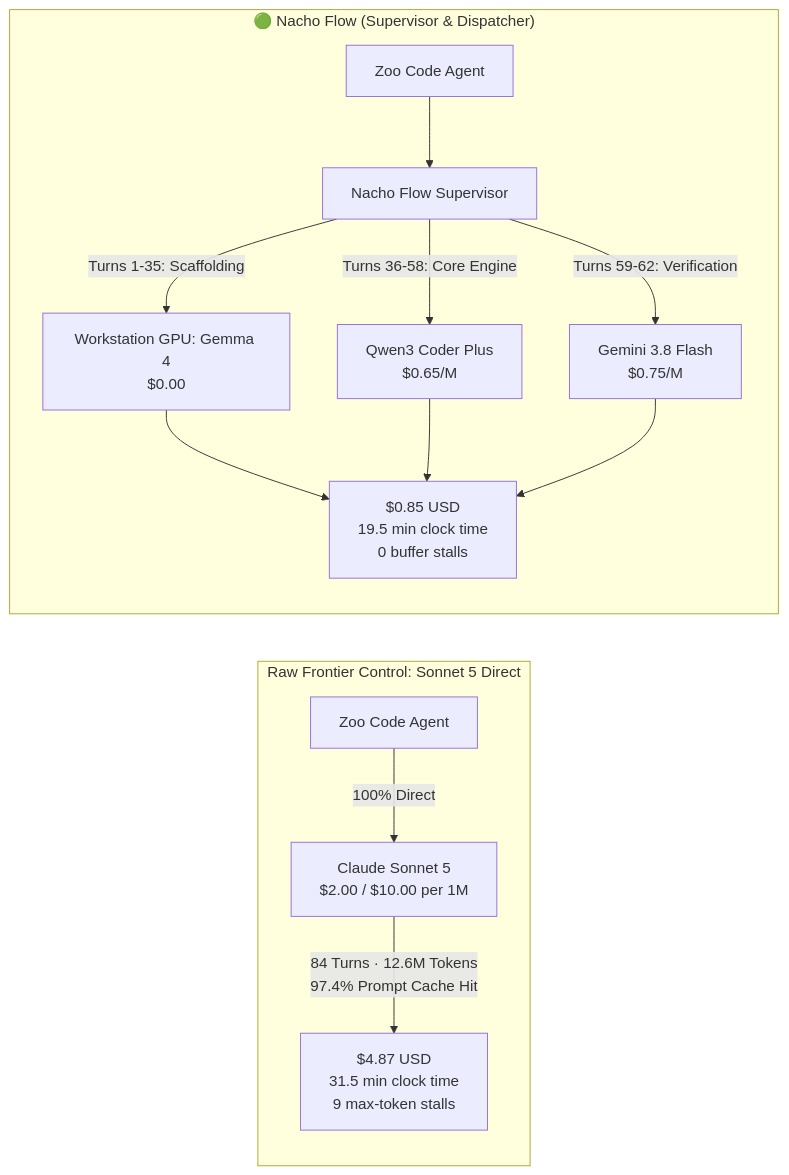
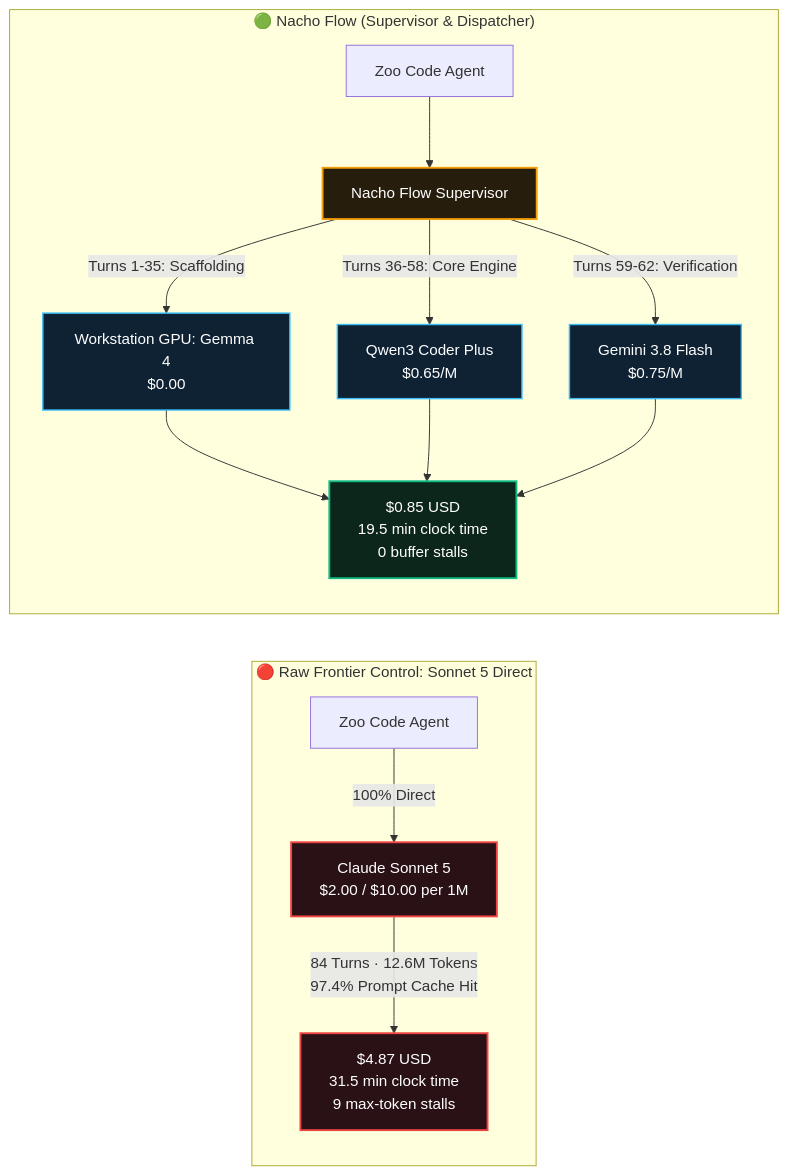
One commit to dixieflatline76/nacho-flow changed the first of 10 diagrams in docs/FRONTIER_CONTROL_STUDY_2026.md. Above: the diagram before and after it, drawn with Mermaid. The commit also changed 2 other files, not shown here.

Commit message:
docs: add brand-aligned classDef colors to Diagram 1 across all study docs

````diff
--- a/docs/FRONTIER_CONTROL_STUDY_2026.md
+++ b/docs/FRONTIER_CONTROL_STUDY_2026.md
@@ -34,17 +34,27 @@
 ```mermaid
 flowchart LR
-    subgraph RawControl["Raw Frontier Control: Sonnet 5 Direct"]
+    classDef raw fill:#2a1115,stroke:#ef4444,stroke-width:2px,color:#fff;
+    classDef nacho fill:#0d261b,stroke:#10b981,stroke-width:2px,color:#fff;
+    classDef sup fill:#261d0d,stroke:#f59e0b,stroke-width:2px,color:#fff;
+    classDef tier fill:#0e2233,stroke:#38bdf8,stroke-width:1.5px,color:#fff;
+
+    subgraph RawControl["🔴 Raw Frontier Control: Sonnet 5 Direct"]
         Z1["Zoo Code Agent"] -->|100% Direct| S5["Claude Sonnet 5<br/>$2.00 / $10.00 per 1M"]
         S5 -->|84 Turns · 12.6M Tokens<br/>97.4% Prompt Cache Hit| Bill1["$4.87 USD<br/>31.5 min clock time<br/>9 max-token stalls"]
     end
 
     subgraph NachoSupervisor["🟢 Nacho Flow (Supervisor & Dispatcher)"]
         Z2["Zoo Code Agent"] --> NF["Nacho Flow Supervisor"]
         NF -->|Turns 1-35: Scaffolding| Local["Workstation GPU: Gemma 4<br/>$0.00"]
         NF -->|Turns 36-58: Core Engine| Qwen["Qwen3 Coder Plus<br/>$0.65/M"]
         NF -->|Turns 59-62: Verification| Gemini["Gemini 3.8 Flash<br/>$0.75/M"]
         Local --> Bill2["$0.85 USD<br/>19.5 min clock time<br/>0 buffer stalls"]
         Qwen --> Bill2
         Gemini --> Bill2
     end
+
+    class S5,Bill1 raw;
+    class NF sup;
+    class Local,Qwen,Gemini tier;
+    class Bill2 nacho;
 ```
````
